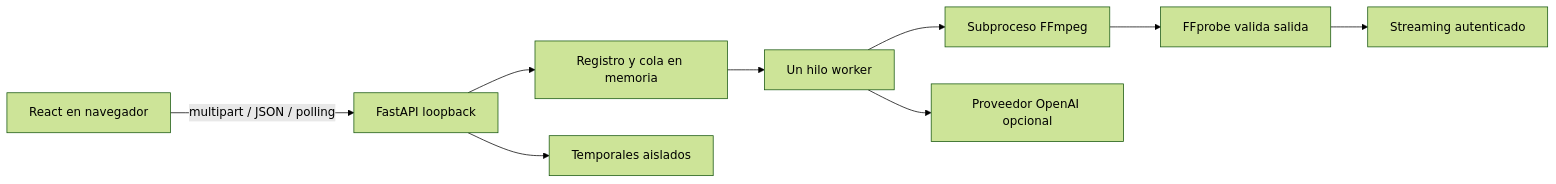
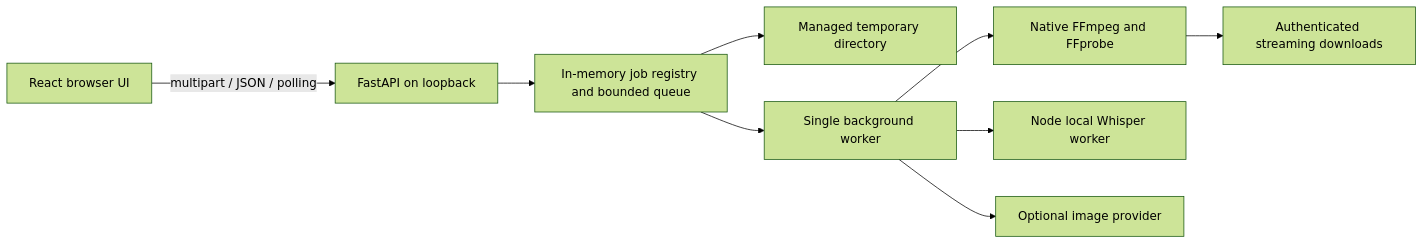
Before and after one commit to dafermen/EasyPodcast: the diagram in docs/ARCHITECTURE.md, drawn with Mermaid (forest theme). The commit also changed other lines of this file and 62 other files, not shown here.

````diff
--- a/docs/ARCHITECTURE.md
+++ b/docs/ARCHITECTURE.md
@@ -3,11 +5,11 @@
 ```mermaid
 flowchart LR
-  UI[React en navegador] -->|multipart / JSON / polling| API[FastAPI loopback]
-  API --> Registry[Registro y cola en memoria]
-  API --> Temp[Temporales aislados]
-  Registry --> Worker[Un hilo worker]
-  Worker --> FF[Subproceso FFmpeg]
-  Worker --> Images[Proveedor OpenAI opcional]
-  FF --> Probe[FFprobe valida salida]
-  Probe --> Download[Streaming autenticado]
+ UI[React browser UI] -->|multipart / JSON / polling| API[FastAPI on loopback]
+ API --> Store[In-memory job registry and bounded queue]
+ Store --> Temp[Managed temporary directory]
+ Store --> Worker[Single background worker]
+ Worker --> FF[Native FFmpeg and FFprobe]
+ Worker --> Whisper[Node local Whisper worker]
+ Worker --> Images[Optional image provider]
+ FF --> Download[Authenticated streaming downloads]
 ```
````
